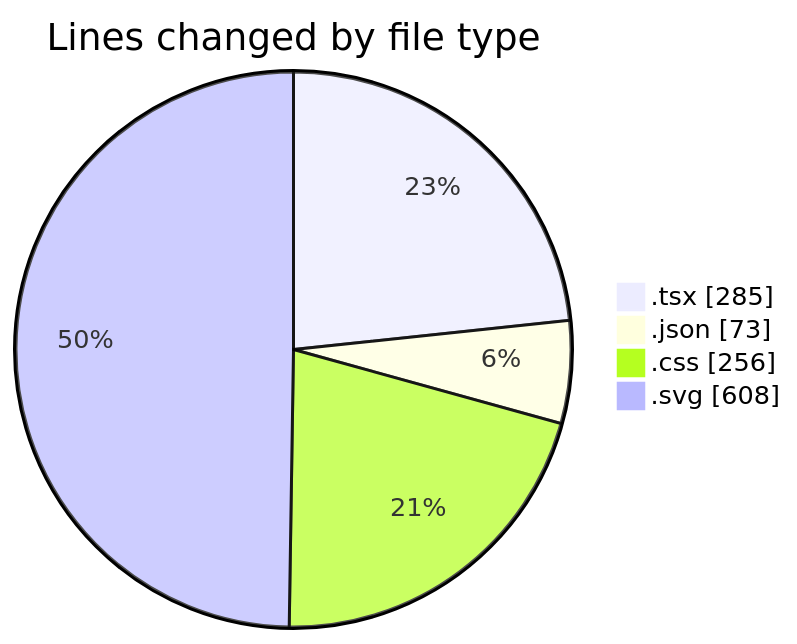
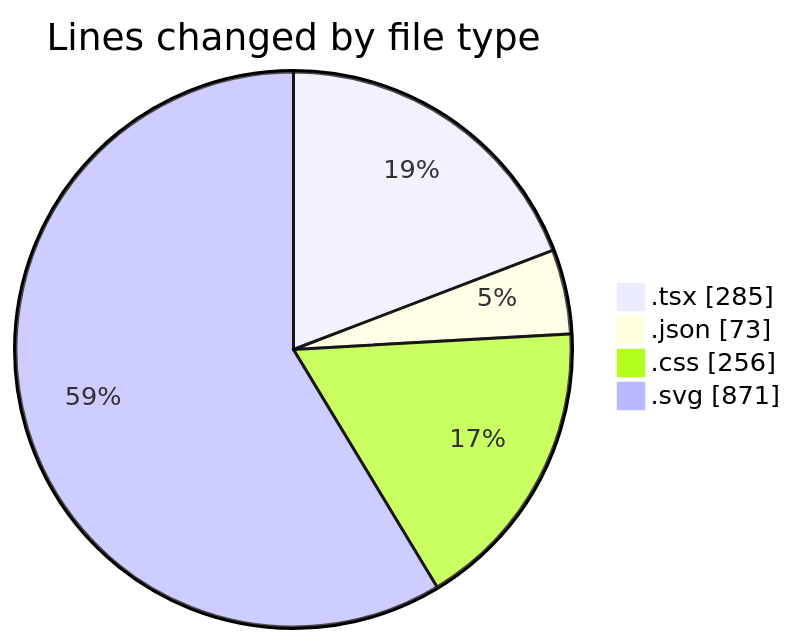
One commit to EIIisD/code-tracking changed the first of 2 diagrams in 2025-08-05/tw-server/README.md. Above: the diagram before and after it, drawn with Mermaid. The commit also changed other lines of this file and 1 other file, not shown here.

````diff
--- a/2025-08-05/tw-server/README.md
+++ b/2025-08-05/tw-server/README.md
@@ -30,8 +30,8 @@
 ```mermaid
 pie showData
 title Lines changed by file type
 ".tsx" : 285
 ".json" : 73
 ".css" : 256
-".svg" : 608
+".svg" : 871
 ```
````
